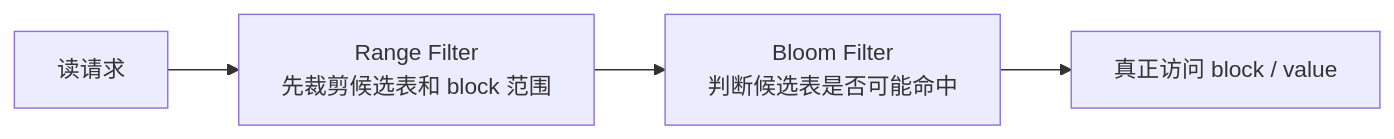
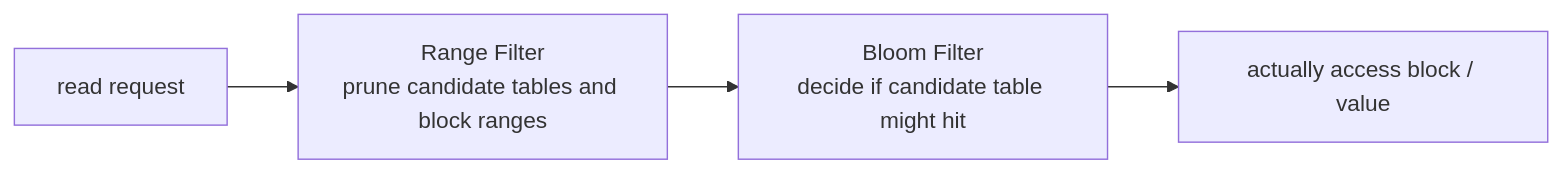
The third of 3 diagrams in docs/notes/2026-04-05-range-filter-from-grf.md (feichai0017/NoKV), drawn with Mermaid before and after one commit. The commit also changed other lines of this file and 23 other files, not shown here.

````diff
--- a/docs/notes/2026-04-05-range-filter-from-grf.md
+++ b/docs/notes/2026-04-05-range-filter-from-grf.md
@@ -202,6 +202,6 @@
 ```mermaid
 flowchart LR
-    Query["读请求"] --> RF["Range Filter\n先裁剪候选表和 block 范围"]
-    RF --> BF["Bloom Filter\n判断候选表是否可能命中"]
-    BF --> IO["真正访问 block / value"]
+    Query["read request"] --> RF["Range Filter\nprune candidate tables and block ranges"]
+    RF --> BF["Bloom Filter\ndecide if candidate table might hit"]
+    BF --> IO["actually access block / value"]
 ```
````
